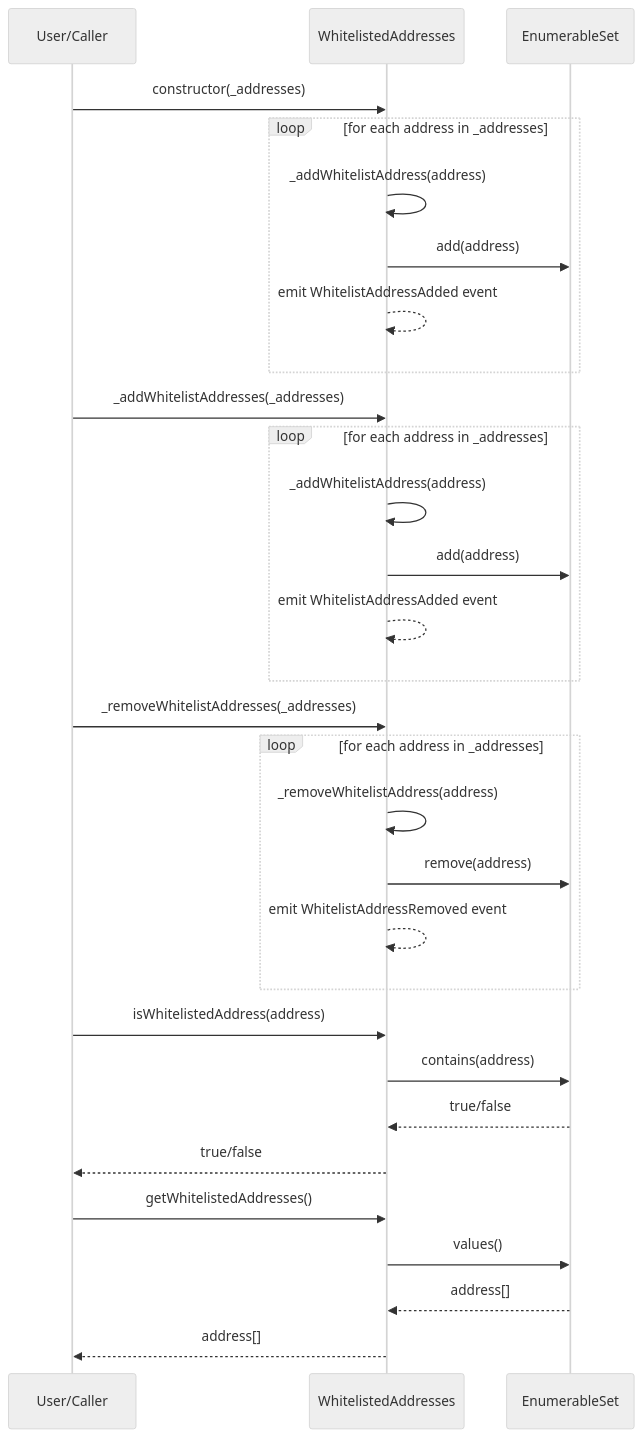
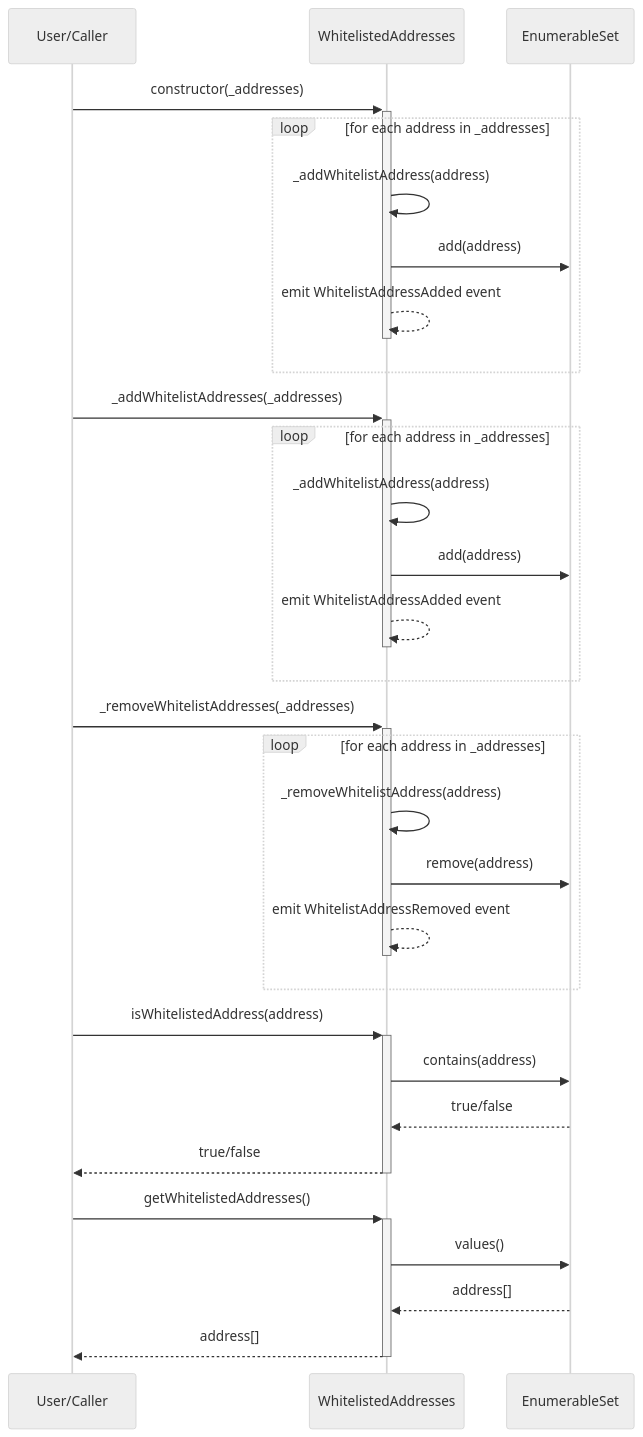
One commit to ZTX-Foundation/tuxedo changed the second of 2 diagrams in doc/contracts/utils/extensions/WhitelistedAddresses.md. Above: the diagram before and after it, drawn with Mermaid (neutral theme). The commit also changed 12 other files, not shown here.

Commit message:
feat: updated sequence diagrams

````diff
--- a/doc/contracts/utils/extensions/WhitelistedAddresses.md
+++ b/doc/contracts/utils/extensions/WhitelistedAddresses.md
@@ -17,37 +17,37 @@
 ```mermaid
 sequenceDiagram
     participant User as User/Caller
     participant WhitelistedAddresses
     participant EnumerableSet
 
-    User->>WhitelistedAddresses: constructor(_addresses)
+    User->>+WhitelistedAddresses: constructor(_addresses)
     loop for each address in _addresses
         WhitelistedAddresses->>WhitelistedAddresses: _addWhitelistAddress(address)
         WhitelistedAddresses->>EnumerableSet: add(address)
-        WhitelistedAddresses-->>WhitelistedAddresses: emit WhitelistAddressAdded event
+        WhitelistedAddresses-->>-WhitelistedAddresses: emit WhitelistAddressAdded event
     end
 
-    User->>WhitelistedAddresses: _addWhitelistAddresses(_addresses)
+    User->>+WhitelistedAddresses: _addWhitelistAddresses(_addresses)
     loop for each address in _addresses
         WhitelistedAddresses->>WhitelistedAddresses: _addWhitelistAddress(address)
         WhitelistedAddresses->>EnumerableSet: add(address)
-        WhitelistedAddresses-->>WhitelistedAddresses: emit WhitelistAddressAdded event
+        WhitelistedAddresses-->>-WhitelistedAddresses: emit WhitelistAddressAdded event
     end
     
-    User->>WhitelistedAddresses: _removeWhitelistAddresses(_addresses)
+    User->>+WhitelistedAddresses: _removeWhitelistAddresses(_addresses)
     loop for each address in _addresses
         WhitelistedAddresses->>WhitelistedAddresses: _removeWhitelistAddress(address)
         WhitelistedAddresses->>EnumerableSet: remove(address)
-        WhitelistedAddresses-->>WhitelistedAddresses: emit WhitelistAddressRemoved event
+        WhitelistedAddresses-->>-WhitelistedAddresses: emit WhitelistAddressRemoved event
     end
 
-    User->>WhitelistedAddresses: isWhitelistedAddress(address)
+    User->>+WhitelistedAddresses: isWhitelistedAddress(address)
     WhitelistedAddresses->>EnumerableSet: contains(address)
     EnumerableSet-->>WhitelistedAddresses: true/false
-    WhitelistedAddresses-->>User: true/false
+    WhitelistedAddresses-->>-User: true/false
 
-    User->>WhitelistedAddresses: getWhitelistedAddresses()
+    User->>+WhitelistedAddresses: getWhitelistedAddresses()
     WhitelistedAddresses->>EnumerableSet: values()
     EnumerableSet-->>WhitelistedAddresses: address[]
-    WhitelistedAddresses-->>User: address[]
+    WhitelistedAddresses-->>-User: address[]
 ```
````
